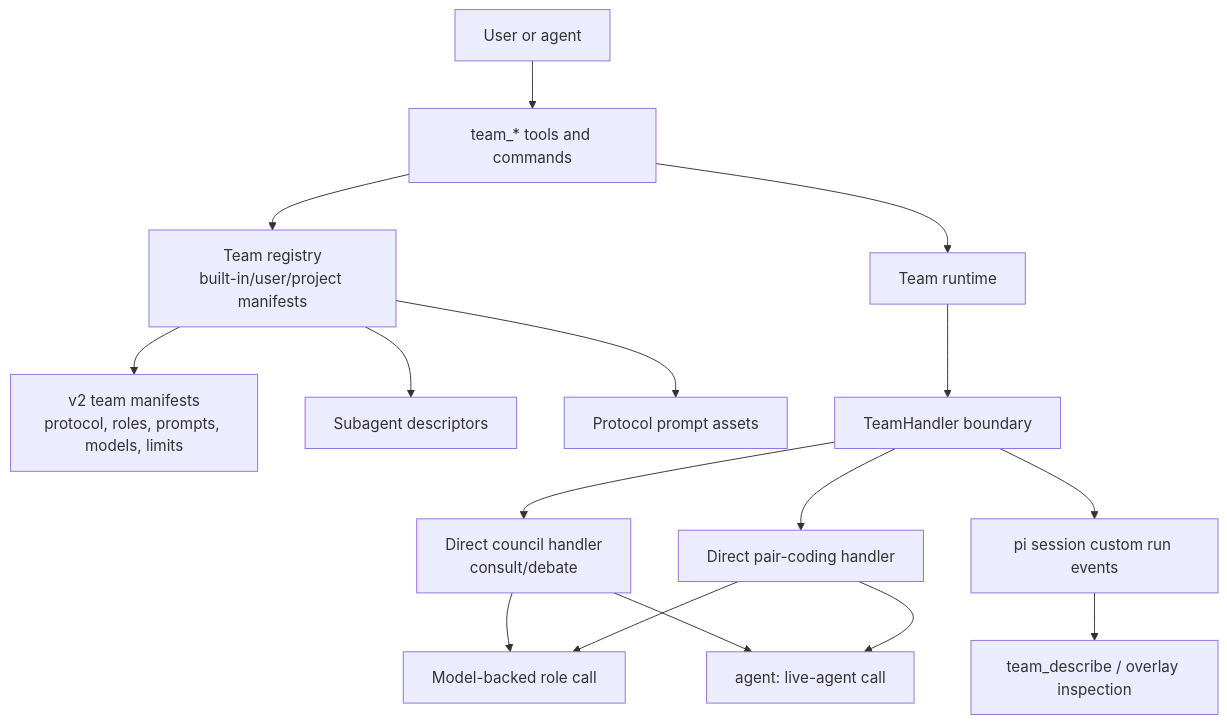
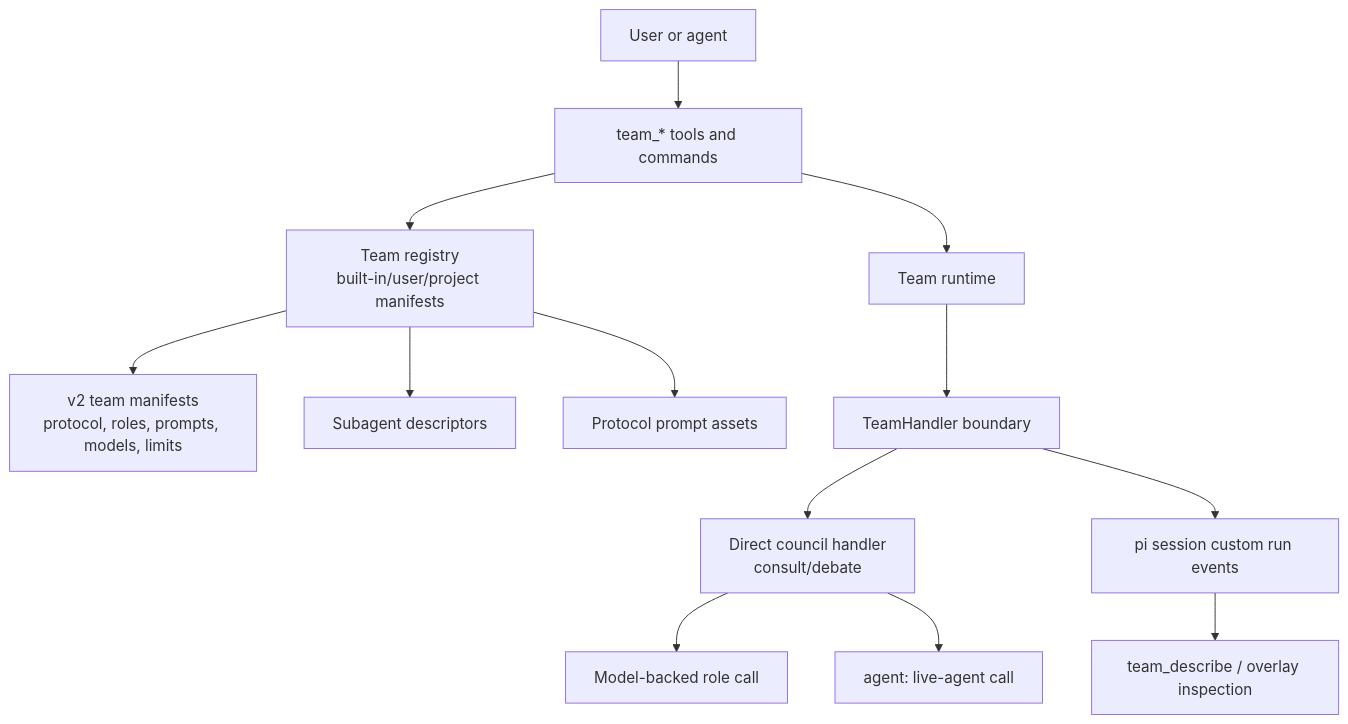
Before and after one commit to tS7hKamAYL84j91/pi-tools-and-skills: the diagram in docs/teams-platform.md, drawn with Mermaid. The commit also changed other lines of this file, not shown here.

First line of the commit message:
docs: remove stale pair-coding references from teams-platform.md

````diff
--- a/docs/teams-platform.md
+++ b/docs/teams-platform.md
@@ -7,22 +7,19 @@
 ```mermaid
 flowchart TD
   User[User or agent] --> Tools[team_* tools and commands]
   Tools --> Registry[Team registry\nbuilt-in/user/project manifests]
   Tools --> Runtime[Team runtime]
 
   Registry --> Manifests[v2 team manifests\nprotocol, roles, prompts, models, limits]
   Registry --> Subagents[Subagent descriptors]
   Registry --> Prompts[Protocol prompt assets]
 
   Runtime --> Handler[TeamHandler boundary]
   Handler --> Council[Direct council handler\nconsult/debate]
-  Handler --> Pair[Direct pair-coding handler]
 
   Council --> ModelNode[Model-backed role call]
-  Pair --> ModelNode
   Council --> LiveNode[agent:<name> live-agent call]
-  Pair --> LiveNode
   Handler --> State[pi session custom run events]
 
   State --> Inspect[team_describe / overlay inspection]
 ```
````
